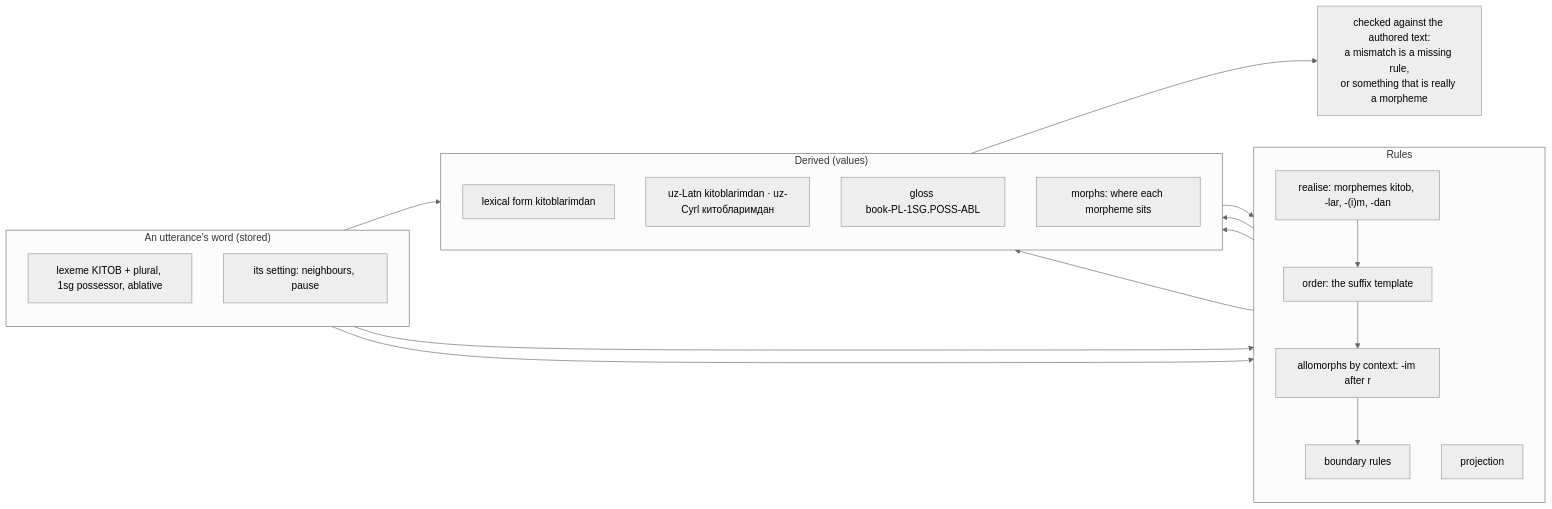
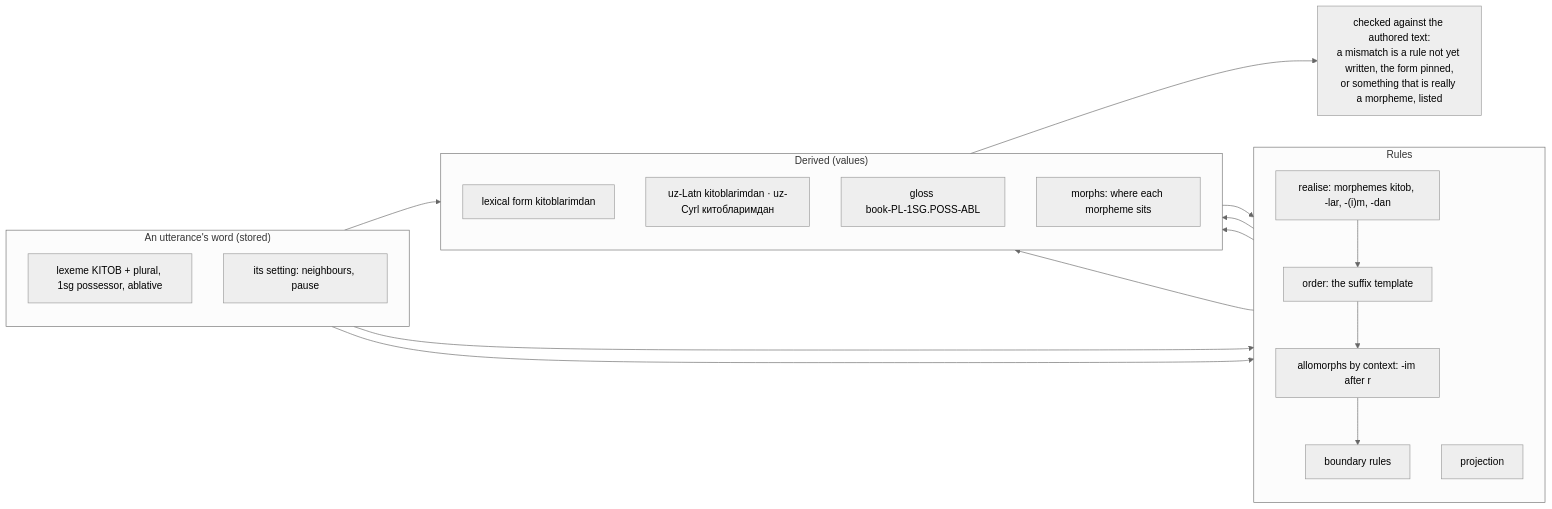
Before and after one commit to iwsfutcmd/nabu: the fifth of 6 diagrams in docs/lexeme-model.md, drawn with Mermaid (neutral theme). The commit also changed other lines of this file and 1 other file, not shown here.

````diff
--- a/docs/lexeme-model.md
+++ b/docs/lexeme-model.md
@@ -420,29 +458,29 @@
 ```mermaid
 flowchart LR
   subgraph IN["An utterance's word (stored)"]
     direction TB
     T1["lexeme KITOB + plural, 1sg possessor, ablative"]
     T2["its setting: neighbours, pause"]
   end
   subgraph R["Rules"]
     direction TB
     R1["realise: morphemes kitob, ‑lar, ‑(i)m, ‑dan"]
     R2["order: the suffix template"]
     R3["allomorphs by context: ‑im after r"]
     R4["boundary rules"]
     R5["projection"]
   end
   subgraph OUT["Derived (values)"]
     direction TB
     O1["lexical form kitoblarimdan"]
     O2["uz-Latn kitoblarimdan · uz-Cyrl китобларимдан"]
     O3["gloss book‑PL‑1SG.POSS‑ABL"]
     O4["morphs: where each morpheme sits"]
   end
-  CHK["checked against the authored text:<br/>a mismatch is a missing rule,<br/>or something that is really a morpheme"]
+  CHK["checked against the authored text:<br/>a mismatch is a rule not yet written, the form pinned,<br/>or something that is really a morpheme, listed"]
   T1 --> R1 --> R2 --> R3 --> R4 --> O1 --> R5 --> O2
   T2 --> R3
   T1 --> O3
   R4 --> O4
   O2 --> CHK
 ```
````
